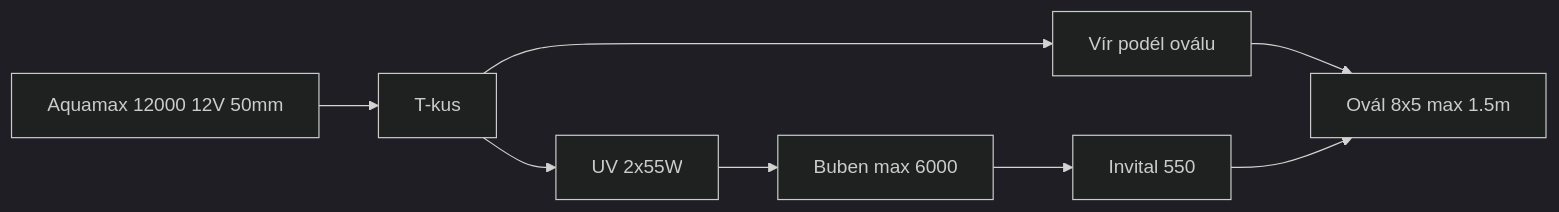
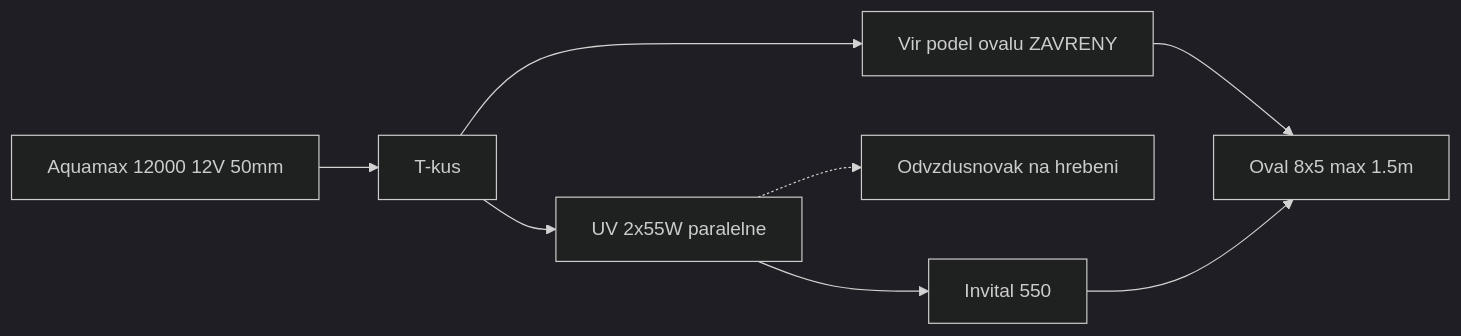
The diagram in README.md (fedurca/koi_koupaci_jezirko), drawn with Mermaid (dark theme) before and after one commit. The commit also changed other lines of this file and 9 other files, not shown here.

````diff
--- a/README.md
+++ b/README.md
@@ -9,13 +9,14 @@
 ```mermaid
 flowchart LR
-  pond[Ovál 8x5 max 1.5m]
+  pond[Oval 8x5 max 1.5m]
   p2[Aquamax 12000 12V 50mm]
   split[T-kus]
-  wp[Vír podél oválu]
-  uv[UV 2x55W]
-  drum[Buben max 6000]
+  wp[Vir podel ovalu ZAVRENY]
+  uv[UV 2x55W paralelne]
+  vent[Odvzdusnovak na hrebeni]
   bio[Invital 550]
   p2 --> split
   split --> wp --> pond
-  split --> uv --> drum --> bio --> pond
+  split --> uv --> bio --> pond
+  uv -.-> vent
 ```
````
